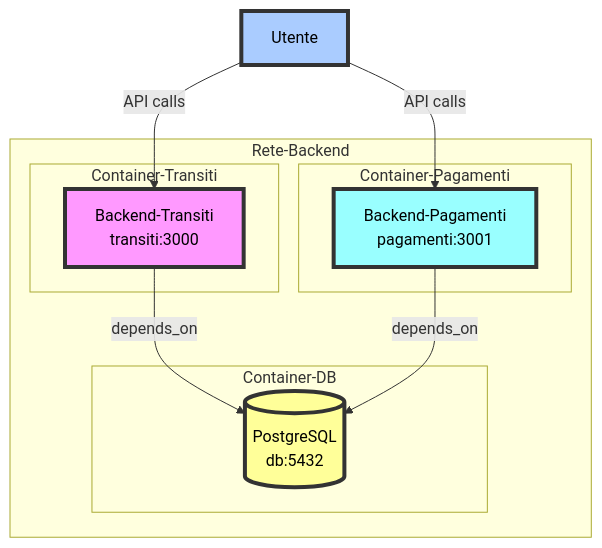
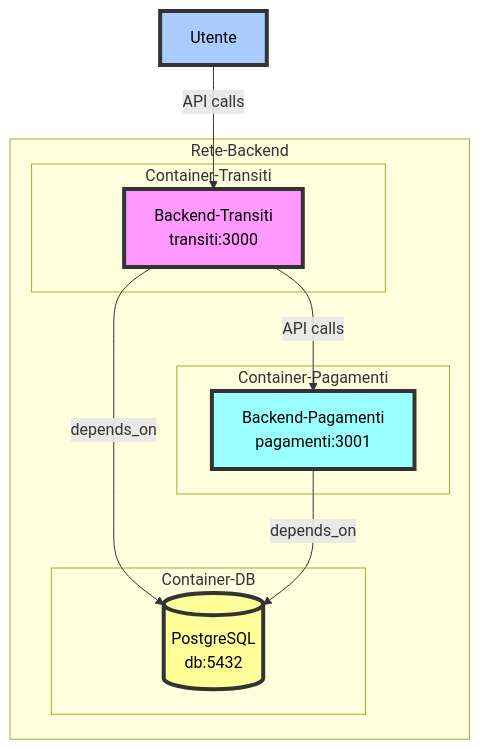
Before and after one commit to Arianna6400/Adv_Prog: the first of 12 diagrams in README.md, drawn with Mermaid. The commit also changed other lines of this file, not shown here.

````diff
--- a/README.md
+++ b/README.md
@@ -33,26 +34,26 @@
 ```mermaid
 graph TD;
     subgraph Rete-Backend
         subgraph Container-Transiti
             transiti[Backend-Transiti<br>transiti:3000]
         end
         subgraph Container-Pagamenti
             pagamenti[Backend-Pagamenti<br>pagamenti:3001]
         end
         subgraph Container-DB
             db[(PostgreSQL<br>db:5432)]
         end
     end
 
     user[Utente]
     
     user --> |API calls| transiti
-    user --> |API calls| pagamenti
+    transiti --> |API calls| pagamenti
     transiti --> |depends_on| db
     pagamenti --> |depends_on| db
 
     style transiti fill:#f9f,stroke:#333,stroke-width:4px,color:#000
     style pagamenti fill:#9ff,stroke:#333,stroke-width:4px,color:#000
     style db fill:#ff9,stroke:#333,stroke-width:4px,color:#000
     style user fill:#acf,stroke:#333,stroke-width:4px,color:#000
 ```
````
